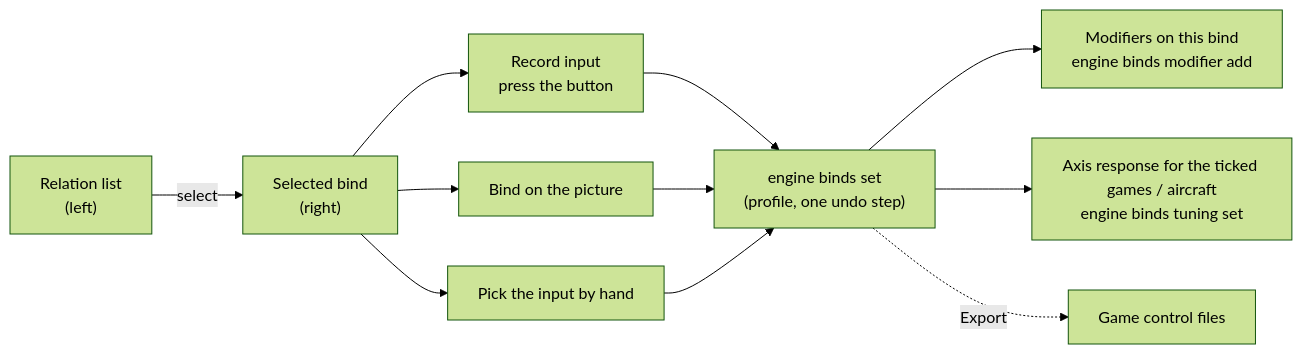
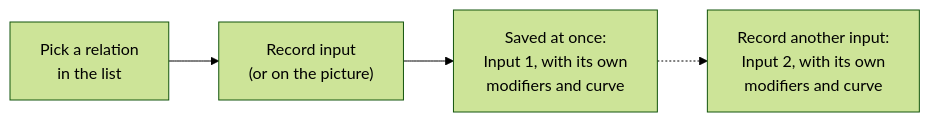
The diagram in website/content/gui/binds.md (Holdi601/JoystickProfiler2), drawn with Mermaid (forest theme) before and after one commit. The commit also changed other lines of this file and 718 other files, not shown here.

````diff
--- a/website/content/gui/binds.md
+++ b/website/content/gui/binds.md
@@ -16,11 +16,7 @@
 ```mermaid
 flowchart LR
-  L["Relation list<br/>(left)"] -->|select| S["Selected bind<br/>(right)"]
-  S --> R["Record input<br/>press the button"]
-  S --> P["Bind on the picture"]
-  S --> H["Pick the input by hand"]
-  R & P & H --> E["engine binds set<br/>(profile, one undo step)"]
-  E --> M["Modifiers on this bind<br/>engine binds modifier add"]
-  E --> C["Axis response for the ticked games / aircraft<br/>engine binds tuning set"]
-  E -.Export.-> G["Game control files"]
+  L["Pick a relation<br/>in the list"] --> R["Record input<br/>(or on the picture)"]
+  R --> S["Saved at once:<br/>Input 1, with its own<br/>modifiers and curve"]
+  S -.-> A["Record another input:<br/>Input 2, with its own<br/>modifiers and curve"]
+%% caption: Solid: every bind. Dotted: only when you want a second input, for example a second stick. Export then writes the binds into your games.
 ```
````
